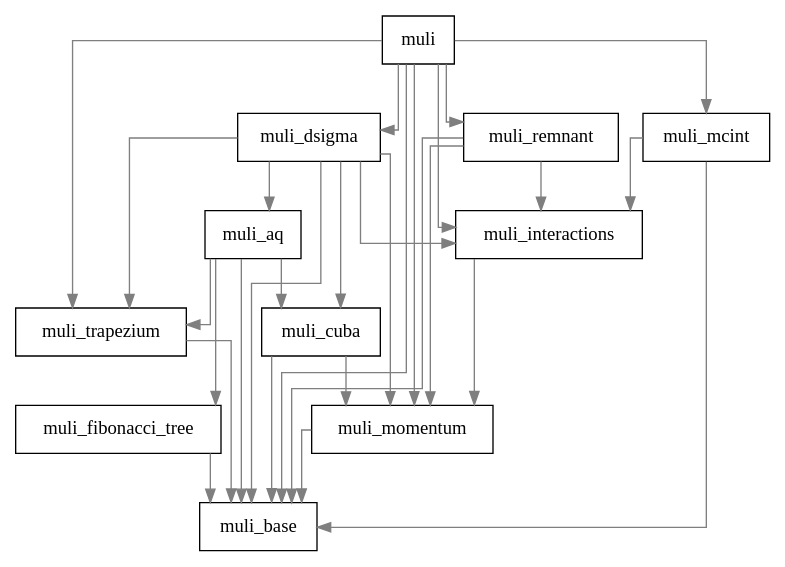
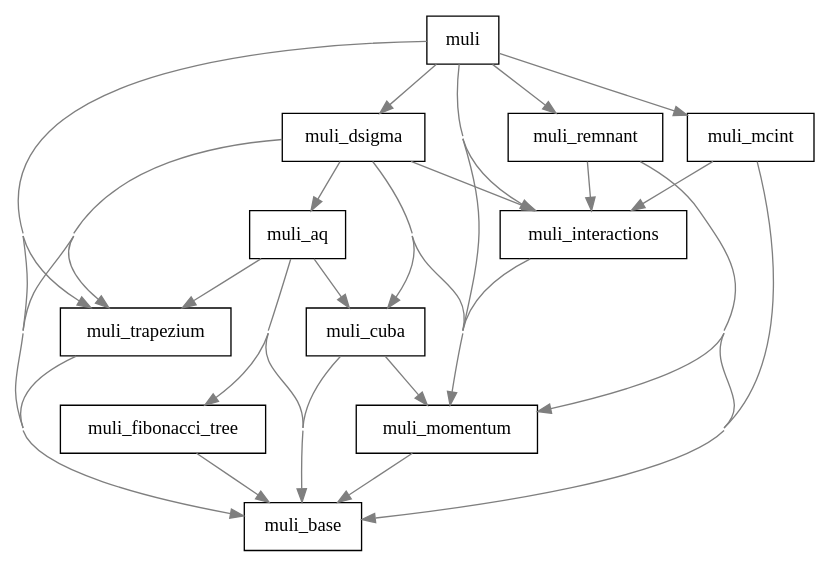
One commit to bendavid/whizard changed the diagram in share/doc/muli.dot. Above: the diagram before and after it, drawn with Graphviz. The commit also changed 1388 other files, not shown here.

```diff
--- a/share/doc/muli.dot
+++ b/share/doc/muli.dot
@@ -1,35 +1,35 @@
 
 digraph G {
 concentrate=true
-splines=ortho
+splines=true
 node[shape=record,style=filled,fillcolor=white]
 edge[color=gray50]
 muli_dsigma -> muli_trapezium
 muli -> muli_trapezium
 muli -> muli_momentum
 muli_interactions -> muli_momentum
 muli -> muli_base
 muli_remnant -> muli_momentum
 muli_dsigma -> muli_momentum
 muli_dsigma -> muli_base
 muli -> muli_interactions
 muli_mcint -> muli_base
 muli_aq -> muli_fibonacci_tree
 muli_cuba -> muli_base
 muli_momentum -> muli_base
 muli -> muli_mcint
 muli_trapezium -> muli_base
 muli_fibonacci_tree -> muli_base
 muli_remnant -> muli_interactions
 muli_dsigma -> muli_interactions
 muli -> muli_dsigma
 muli_cuba -> muli_momentum
 muli_dsigma -> muli_aq
 muli_dsigma -> muli_cuba
 muli_aq -> muli_cuba
 muli_aq -> muli_base
 muli_mcint -> muli_interactions
 muli -> muli_remnant
 muli_remnant -> muli_base
 muli_aq -> muli_trapezium
  }
```
